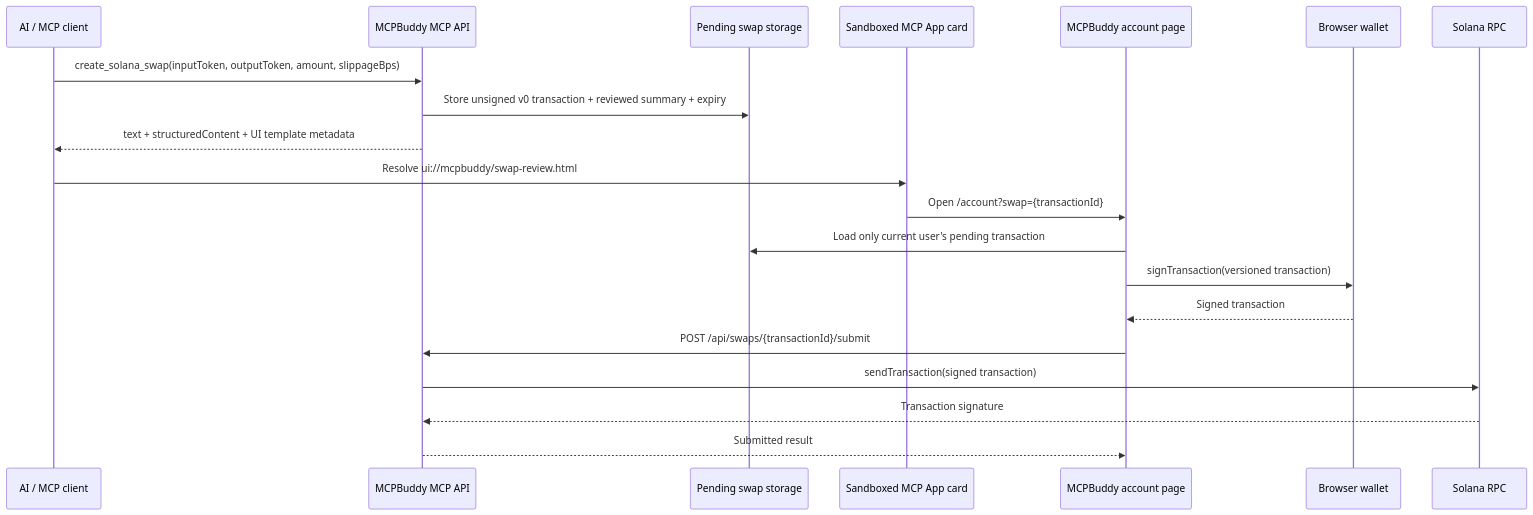
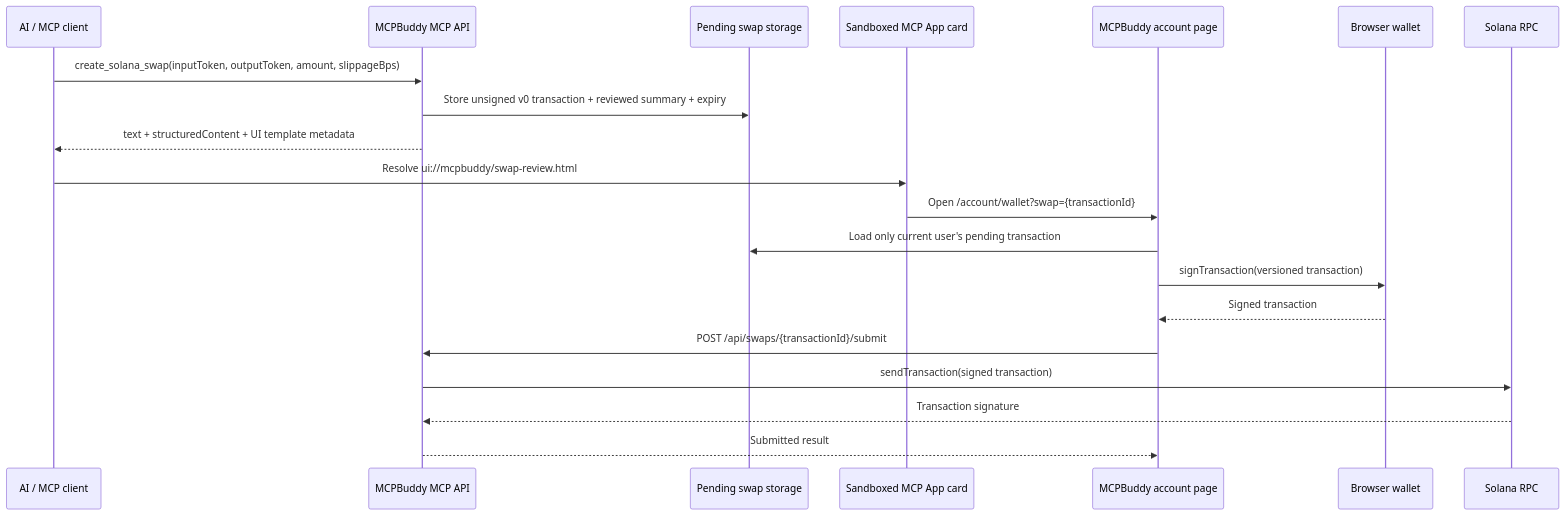
One commit to v1xingyue/mcpbuddy changed the diagram in docs/mcp-app-ui-return.md. Above: the diagram before and after it, drawn with Mermaid. The commit also changed other lines of this file and 15 other files, not shown here.

````diff
--- a/docs/mcp-app-ui-return.md
+++ b/docs/mcp-app-ui-return.md
@@ -18,23 +18,23 @@
 ```mermaid
 sequenceDiagram
   participant AI as AI / MCP client
   participant MCP as MCPBuddy MCP API
   participant DB as Pending swap storage
   participant App as Sandboxed MCP App card
   participant Web as MCPBuddy account page
   participant Wallet as Browser wallet
   participant RPC as Solana RPC
 
   AI->>MCP: create_solana_swap(inputToken, outputToken, amount, slippageBps)
   MCP->>DB: Store unsigned v0 transaction + reviewed summary + expiry
   MCP-->>AI: text + structuredContent + UI template metadata
   AI->>App: Resolve ui://mcpbuddy/swap-review.html
-  App->>Web: Open /account?swap={transactionId}
+  App->>Web: Open /account/wallet?swap={transactionId}
   Web->>DB: Load only current user's pending transaction
   Web->>Wallet: signTransaction(versioned transaction)
   Wallet-->>Web: Signed transaction
   Web->>MCP: POST /api/swaps/{transactionId}/submit
   MCP->>RPC: sendTransaction(signed transaction)
   RPC-->>MCP: Transaction signature
   MCP-->>Web: Submitted result
 ```
````
